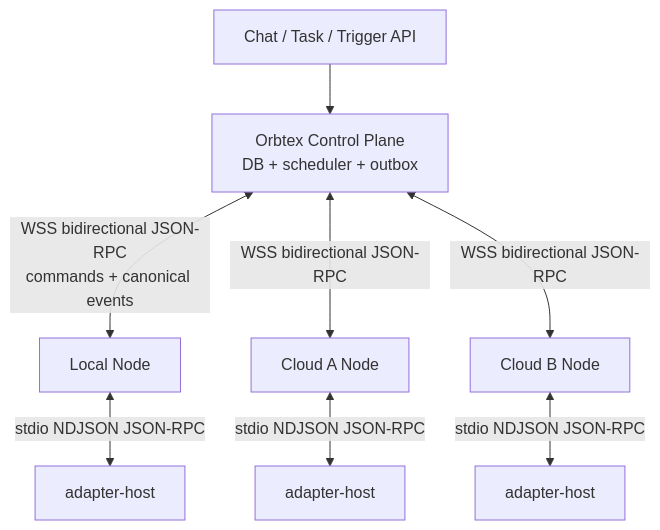
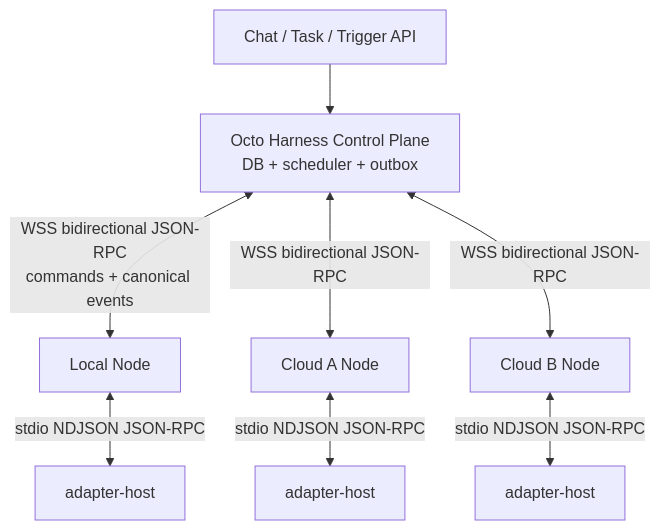
Before and after one commit to LarsonLian/octo-runtime: the diagram in docs/09-transport-and-multinode.md, drawn with Mermaid. The commit also changed other lines of this file and 159 other files, not shown here.

Commit message:
feat!: rename Orbtex to Octo Harness

````diff
--- a/docs/09-transport-and-multinode.md
+++ b/docs/09-transport-and-multinode.md
@@ -11,10 +11,10 @@
 ```mermaid
 flowchart TB
-  UI["Chat / Task / Trigger API"] --> CP["Orbtex Control Plane\nDB + scheduler + outbox"]
+  UI["Chat / Task / Trigger API"] --> CP["Octo Harness Control Plane\nDB + scheduler + outbox"]
   CP <-->|"WSS bidirectional JSON-RPC\ncommands + canonical events"| N1["Local Node"]
   CP <-->|"WSS bidirectional JSON-RPC"| N2["Cloud A Node"]
   CP <-->|"WSS bidirectional JSON-RPC"| N3["Cloud B Node"]
   N1 <-->|"stdio NDJSON JSON-RPC"| H1["adapter-host"]
   N2 <-->|"stdio NDJSON JSON-RPC"| H2["adapter-host"]
   N3 <-->|"stdio NDJSON JSON-RPC"| H3["adapter-host"]
 ```
````
